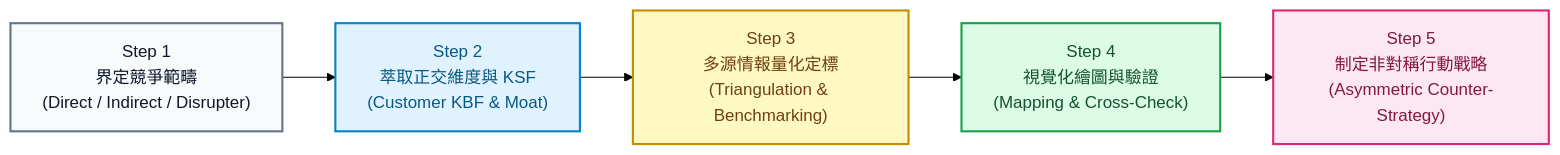
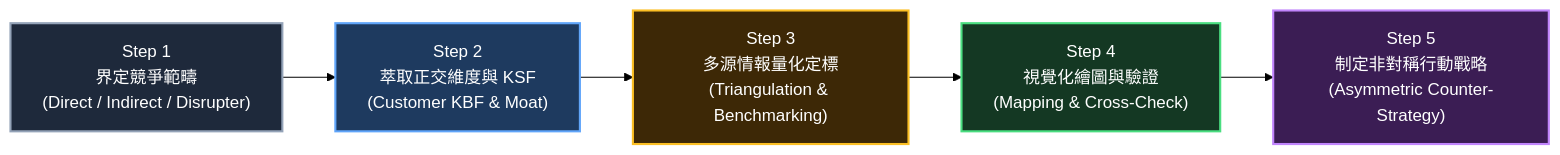
The fifth of 8 diagrams in src/site/notes/98_商業概念庫/competitive-matrix_競爭矩陣.md (Jimlin0428/my-digital-garden), drawn with Mermaid (forest theme) before and after one commit. The commit also changed other lines of this file and 58 other files, not shown here.

````diff
--- a/src/site/notes/98_商業概念庫/competitive-matrix_競爭矩陣.md
+++ b/src/site/notes/98_商業概念庫/competitive-matrix_競爭矩陣.md
@@ -207,13 +207,13 @@
 ```mermaid
 flowchart LR
     Step1["Step 1<br>界定競爭範疇<br>(Direct / Indirect / Disrupter)"] --> Step2["Step 2<br>萃取正交維度與 KSF<br>(Customer KBF & Moat)"]
     Step2 --> Step3["Step 3<br>多源情報量化定標<br>(Triangulation & Benchmarking)"]
     Step3 --> Step4["Step 4<br>視覺化繪圖與驗證<br>(Mapping & Cross-Check)"]
     Step4 --> Step5["Step 5<br>制定非對稱行動戰略<br>(Asymmetric Counter-Strategy)"]
 
-    style Step1 fill:#f8fafc,stroke:#64748b,stroke-width:2px,color:#0f172a
-    style Step2 fill:#e0f2fe,stroke:#0284c7,stroke-width:2px,color:#075985
-    style Step3 fill:#fef9c3,stroke:#ca8a04,stroke-width:2px,color:#713f12
-    style Step4 fill:#dcfce7,stroke:#16a34a,stroke-width:2px,color:#14532d
-    style Step5 fill:#fce7f3,stroke:#db2777,stroke-width:2px,color:#831843
+    style Step1 fill:#1e293b,stroke:#94a3b8,stroke-width:2px,color:#ffffff
+    style Step2 fill:#1e3a5f,stroke:#60a5fa,stroke-width:2px,color:#ffffff
+    style Step3 fill:#3d2806,stroke:#fbbf24,stroke-width:2px,color:#ffffff
+    style Step4 fill:#143823,stroke:#4ade80,stroke-width:2px,color:#ffffff
+    style Step5 fill:#3b1d54,stroke:#c084fc,stroke-width:2px,color:#ffffff
 ```
````
